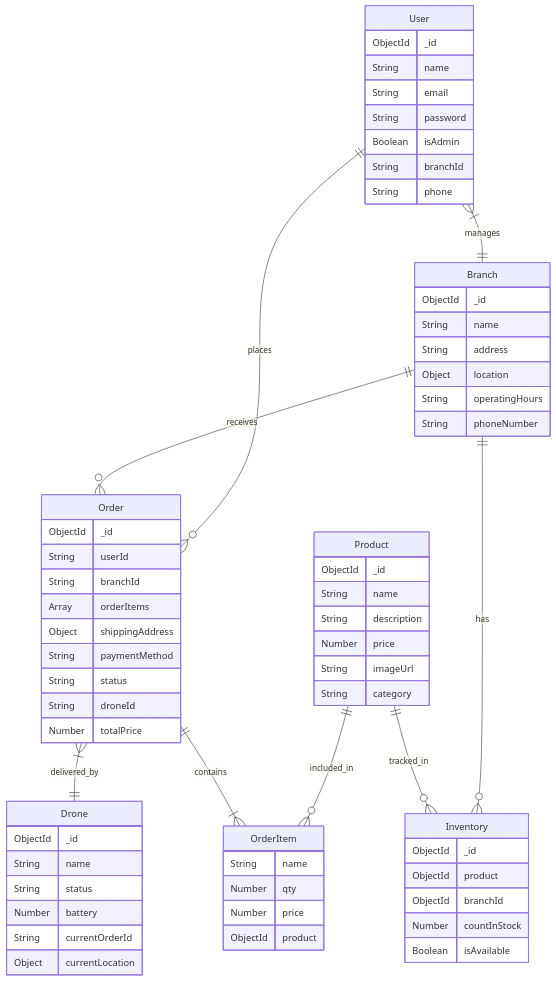
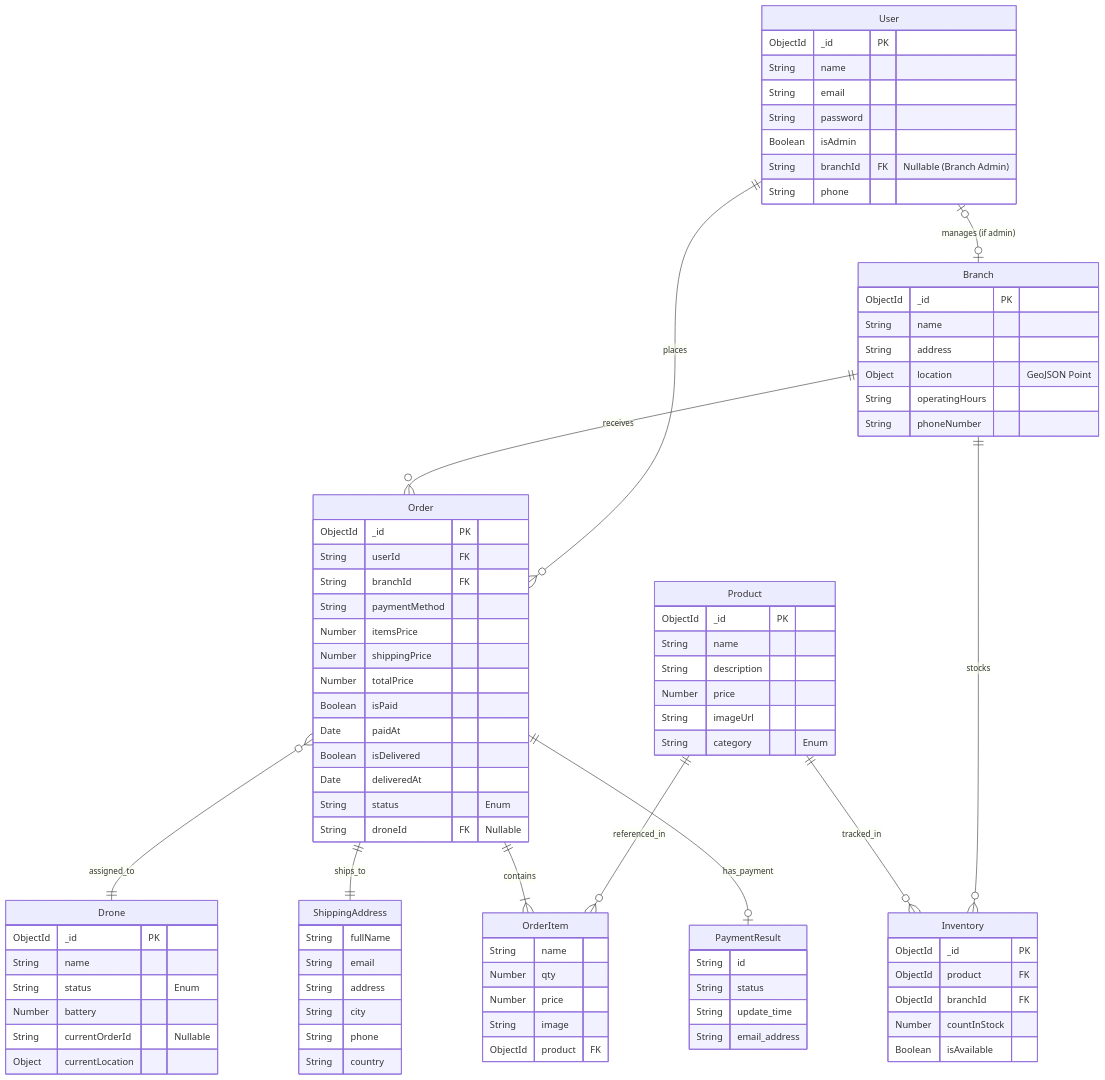
Before and after one commit to dobason/Kiem_Thu_Phan_Mem: the first of 3 diagrams in foodfast-backend/backend_diagrams.md, drawn with Mermaid. The commit also changed 1 other file, not shown here.

Commit message:
feat: Add backend diagrams, implement Home Page with product listing, and create Order Tracking Page.

````diff
--- a/foodfast-backend/backend_diagrams.md
+++ b/foodfast-backend/backend_diagrams.md
@@ -5,75 +5,98 @@
 ```mermaid
 erDiagram
-    User ||--o{ Order : places
-    User }|--|| Branch : manages
-    Branch ||--o{ Order : receives
-    Branch ||--o{ Inventory : has
-    Product ||--o{ Inventory : tracked_in
-    Product ||--o{ OrderItem : included_in
-    Order ||--|{ OrderItem : contains
-    Order }|--|| Drone : delivered_by
+    User ||--o{ Order : "places"
+    User |o--o| Branch : "manages (if admin)"
+    Branch ||--o{ Order : "receives"
+    Branch ||--o{ Inventory : "stocks"
+    Product ||--o{ Inventory : "tracked_in"
+    Product ||--o{ OrderItem : "referenced_in"
+    Order ||--|{ OrderItem : "contains"
+    Order }o--|| Drone : "assigned_to"
+    Order ||--|| ShippingAddress : "ships_to"
+    Order ||--o| PaymentResult : "has_payment"
 
     User {
-        ObjectId _id
+        ObjectId _id PK
         String name
         String email
         String password
         Boolean isAdmin
-        String branchId
+        String branchId FK "Nullable (Branch Admin)"
         String phone
     }
 
     Branch {
-        ObjectId _id
+        ObjectId _id PK
         String name
         String address
-        Object location
+        Object location "GeoJSON Point"
         String operatingHours
         String phoneNumber
     }
 
     Product {
-        ObjectId _id
+        ObjectId _id PK
         String name
         String description
         Number price
         String imageUrl
-        String category
+        String category "Enum"
     }
 
     Inventory {
-        ObjectId _id
-        ObjectId product
-        ObjectId branchId
+        ObjectId _id PK
+        ObjectId product FK
+        ObjectId branchId FK
         Number countInStock
         Boolean isAvailable
     }
 
     Order {
-        ObjectId _id
-        String userId
-        String branchId
-        Array orderItems
-        Object shippingAddress
+        ObjectId _id PK
+        String userId FK
+        String branchId FK
         String paymentMethod
-        String status
-        String droneId
+        Number itemsPrice
+        Number shippingPrice
         Number totalPrice
+        Boolean isPaid
+        Date paidAt
+        Boolean isDelivered
+        Date deliveredAt
+        String status "Enum"
+        String droneId FK "Nullable"
     }
 
     OrderItem {
         String name
         Number qty
         Number price
-        ObjectId product
+        String image
+        ObjectId product FK
+    }
+
+    ShippingAddress {
+        String fullName
+        String email
+        String address
+        String city
+        String phone
+        String country
+    }
+
+    PaymentResult {
+        String id
+        String status
+        String update_time
+        String email_address
     }
 
     Drone {
-        ObjectId _id
+        ObjectId _id PK
         String name
-        String status
+        String status "Enum"
         Number battery
-        String currentOrderId
+        String currentOrderId "Nullable"
         Object currentLocation
     }
 ```
````
